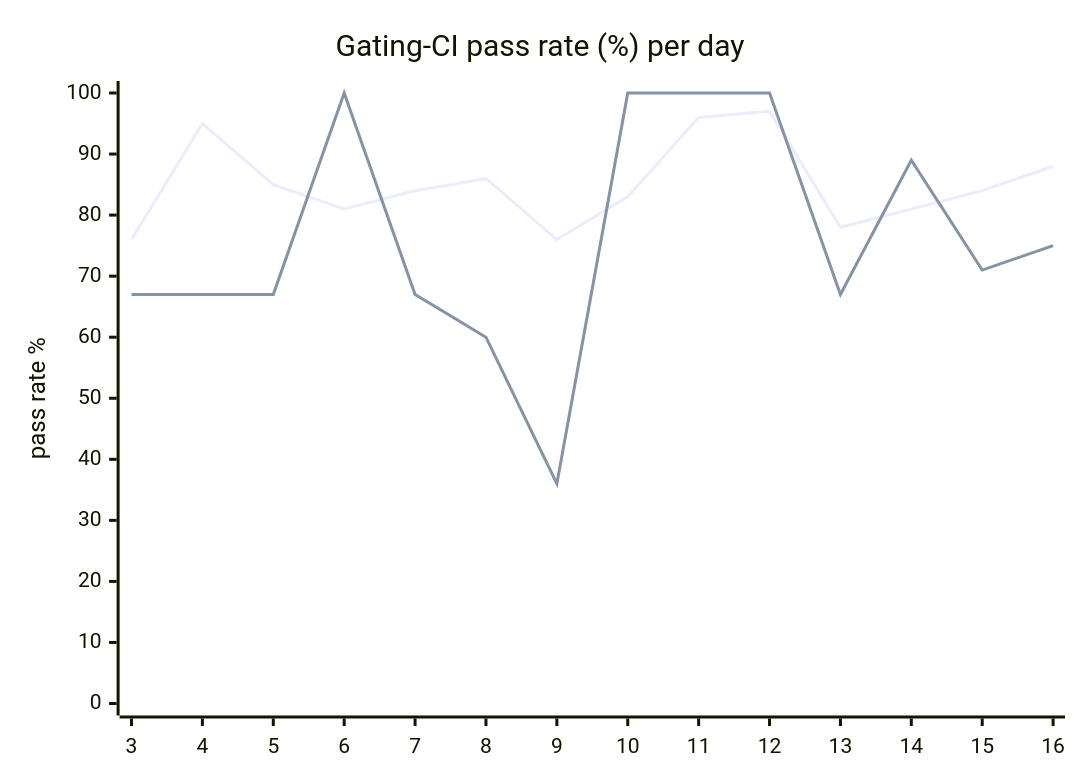
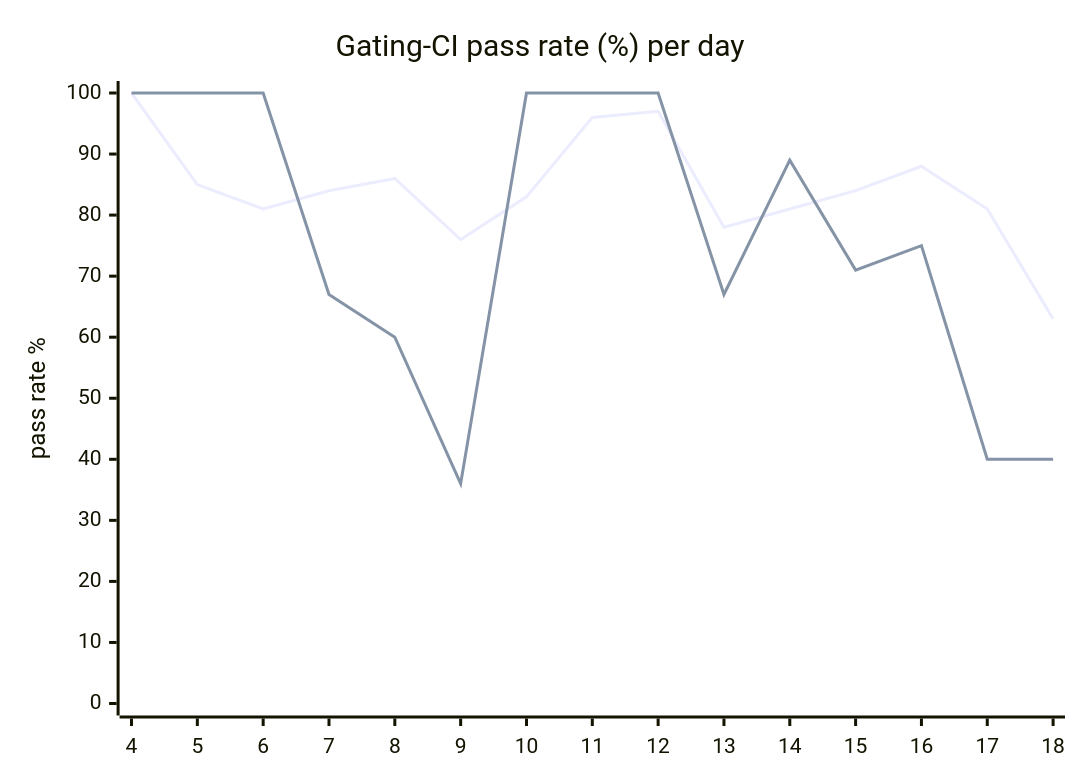
Before and after one commit to hatchet-dev/hatchet: the diagram in hack/ci/ci-dashboard/staging/issue.md, drawn with Mermaid. The commit also changed other lines of this file, not shown here.

````diff
--- a/hack/ci/ci-dashboard/staging/issue.md
+++ b/hack/ci/ci-dashboard/staging/issue.md
@@ -9,8 +9,8 @@
 ```mermaid
 xychart-beta
   title "Gating-CI pass rate (%) per day"
-  x-axis [3, 4, 5, 6, 7, 8, 9, 10, 11, 12, 13, 14, 15, 16]
+  x-axis [4, 5, 6, 7, 8, 9, 10, 11, 12, 13, 14, 15, 16, 17, 18]
   y-axis "pass rate %" 0 --> 100
-  line "CI" [76, 95, 85, 81, 84, 86, 76, 83, 96, 97, 78, 81, 84, 88]
-  line "main" [67, 67, 67, 100, 67, 60, 36, 100, 100, 100, 67, 89, 71, 75]
+  line "CI" [100, 85, 81, 84, 86, 76, 83, 96, 97, 78, 81, 84, 88, 81, 63]
+  line "main" [100, 100, 100, 67, 60, 36, 100, 100, 100, 67, 89, 71, 75, 40, 40]
 ```
````
